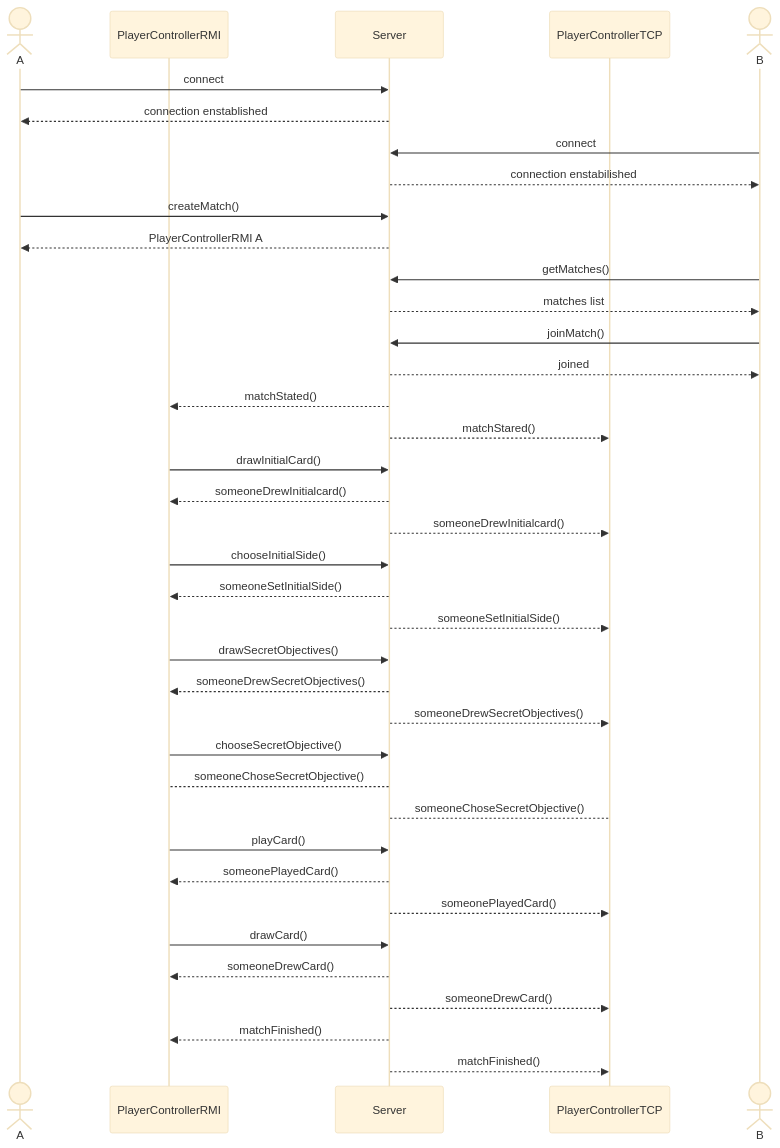
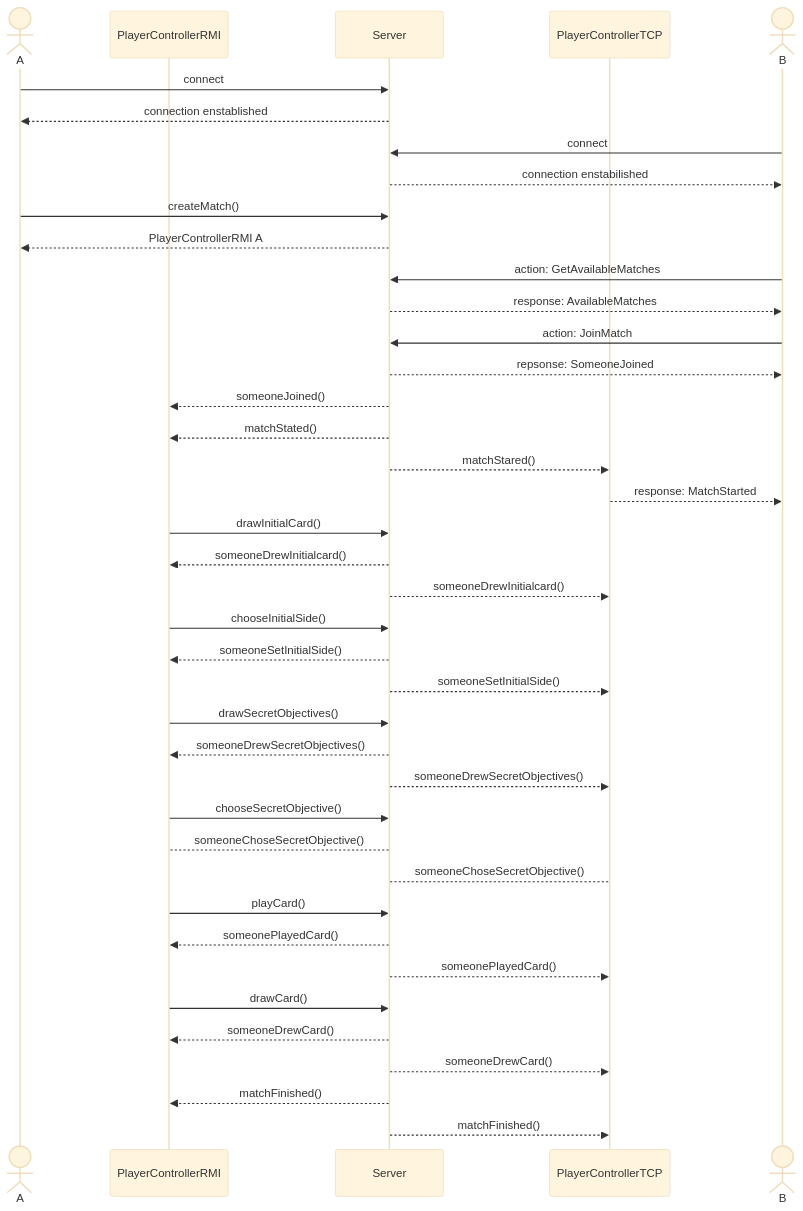
Before and after one commit to grecodavide/IS24-AM08: the diagram in deliveries/UML/messages_sequence_diagram.mmd, drawn with Mermaid (base theme). The commit also changed 6 other files, not shown here.

Commit message:
Update UML diagrams

```diff
--- a/deliveries/UML/messages_sequence_diagram.mmd
+++ b/deliveries/UML/messages_sequence_diagram.mmd
@@ -1,45 +1,47 @@
 sequenceDiagram
     actor A;
     participant PlayerControllerRMI
     participant Server;
     participant PlayerControllerTCP
     actor B;
     %% Start connection
     A ->> Server: connect
     Server -->> A: connection enstablished
     B ->> Server: connect
     Server -->> B: connection enstabilished
     %% Choose match
     A ->> Server: createMatch()
     Server -->> A: PlayerControllerRMI A
-    B ->> Server: getMatches()
-    Server -->> B: matches list
-    B ->> Server: joinMatch()
-    Server -->> B: joined
+    B ->> Server: action: GetAvailableMatches
+    Server -->> B: response: AvailableMatches
+    B ->> Server: action: JoinMatch
+    Server -->> B: repsonse: SomeoneJoined
+    Server -->> PlayerControllerRMI: someoneJoined()
     %% MatchStarted
     Server -->> PlayerControllerRMI: matchStated()
     Server -->> PlayerControllerTCP: matchStared()
+    PlayerControllerTCP -->> B: response: MatchStarted
 
     PlayerControllerRMI ->> Server: drawInitialCard()
     Server -->> PlayerControllerRMI: someoneDrewInitialcard()
     Server -->> PlayerControllerTCP: someoneDrewInitialcard()
     PlayerControllerRMI ->> Server: chooseInitialSide()
     Server -->> PlayerControllerRMI: someoneSetInitialSide()
     Server -->> PlayerControllerTCP: someoneSetInitialSide()
     %% Repeat the thing for PlayerControllerTCP
     PlayerControllerRMI ->> Server: drawSecretObjectives()
     Server -->> PlayerControllerRMI: someoneDrewSecretObjectives()
     Server -->> PlayerControllerTCP: someoneDrewSecretObjectives()
     PlayerControllerRMI ->> Server: chooseSecretObjective()
     Server --> PlayerControllerRMI: someoneChoseSecretObjective()
     Server --> PlayerControllerTCP: someoneChoseSecretObjective()
     %% Repeat for PlayerControllerTCP
     PlayerControllerRMI ->> Server: playCard()
     Server -->> PlayerControllerRMI: someonePlayedCard()
     Server -->> PlayerControllerTCP: someonePlayedCard()
     PlayerControllerRMI ->> Server: drawCard()
     Server -->> PlayerControllerRMI: someoneDrewCard()
     Server -->> PlayerControllerTCP: someoneDrewCard()
     %% FinishRanking
     Server -->> PlayerControllerRMI: matchFinished()
     Server -->> PlayerControllerTCP: matchFinished()
```
